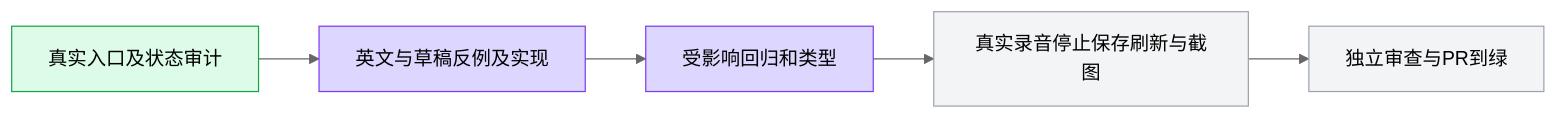
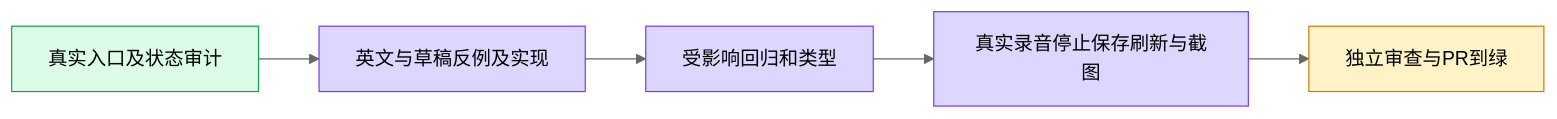
The diagram in docs/design/i18n-recording-journey/plan.md (boardx/workspacex), drawn with Mermaid (neutral theme) before and after one commit. The commit also changed other lines of this file and 66 other files, not shown here.

````diff
--- a/docs/design/i18n-recording-journey/plan.md
+++ b/docs/design/i18n-recording-journey/plan.md
@@ -7,12 +7,13 @@
 ```mermaid
 flowchart LR
  A[真实入口及状态审计] --> B[英文与草稿反例及实现] --> C[受影响回归和类型] --> D[真实录音停止保存刷新与截图] --> E[独立审查与PR到绿]
  classDef active fill:#fef3c7,stroke:#d97706
  classDef tested fill:#ddd6fe,stroke:#7c3aed
  classDef done fill:#dcfce7,stroke:#16a34a
  classDef pending fill:#f3f4f6,stroke:#9ca3af
  class A done
  class B tested
  class C tested
- class D,E pending
+ class D tested
+ class E active
 ```
````
